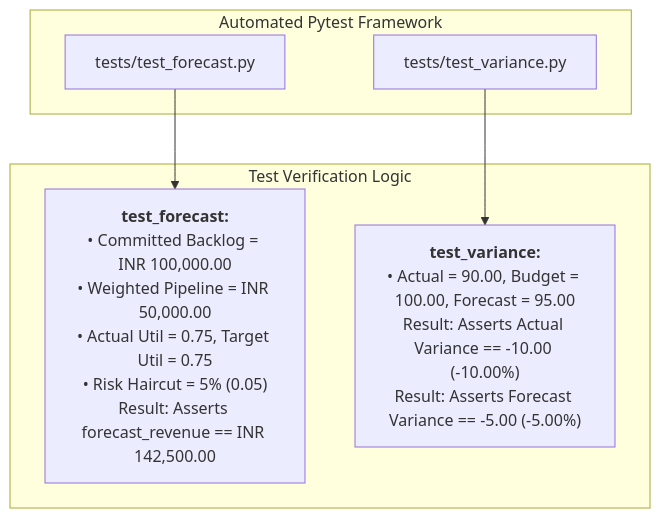
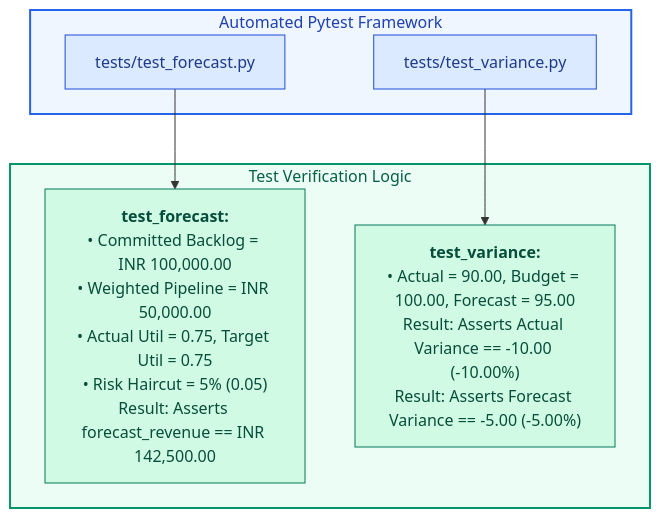
One commit to VED-VIVEK-TALMALEY/x-fin changed the second of 4 diagrams in docs/DEVELOPMENT.md. Above: the diagram before and after it, drawn with Mermaid. The commit also changed other lines of this file and 6 other files, not shown here.

````diff
--- a/docs/DEVELOPMENT.md
+++ b/docs/DEVELOPMENT.md
@@ -40,15 +57,24 @@
 ```mermaid
 graph TD
     subgraph Suite["Automated Pytest Framework"]
         T1["tests/test_forecast.py"]
         T2["tests/test_variance.py"]
     end
 
     subgraph Trace["Test Verification Logic"]
         C1["<b>test_forecast:</b><br/>• Committed Backlog = INR 100,000.00<br/>• Weighted Pipeline = INR 50,000.00<br/>• Actual Util = 0.75, Target Util = 0.75<br/>• Risk Haircut = 5% (0.05)<br/>Result: Asserts forecast_revenue == INR 142,500.00"]
         C2["<b>test_variance:</b><br/>• Actual = 90.00, Budget = 100.00, Forecast = 95.00<br/>Result: Asserts Actual Variance == -10.00 (-10.00%)<br/>Result: Asserts Forecast Variance == -5.00 (-5.00%)"]
     end
 
     T1 --> C1
     T2 --> C2
+
+    style Suite fill:#EFF6FF,stroke:#2563EB,stroke-width:2px,color:#1E40AF
+    style Trace fill:#ECFDF5,stroke:#059669,stroke-width:2px,color:#065F46
+
+    style T1 fill:#DBEAFE,stroke:#1D4ED8,stroke-width:1px,color:#1E3A8A
+    style T2 fill:#DBEAFE,stroke:#1D4ED8,stroke-width:1px,color:#1E3A8A
+
+    style C1 fill:#D1FAE5,stroke:#047857,stroke-width:1px,color:#064E3B
+    style C2 fill:#D1FAE5,stroke:#047857,stroke-width:1px,color:#064E3B
 ```
````
